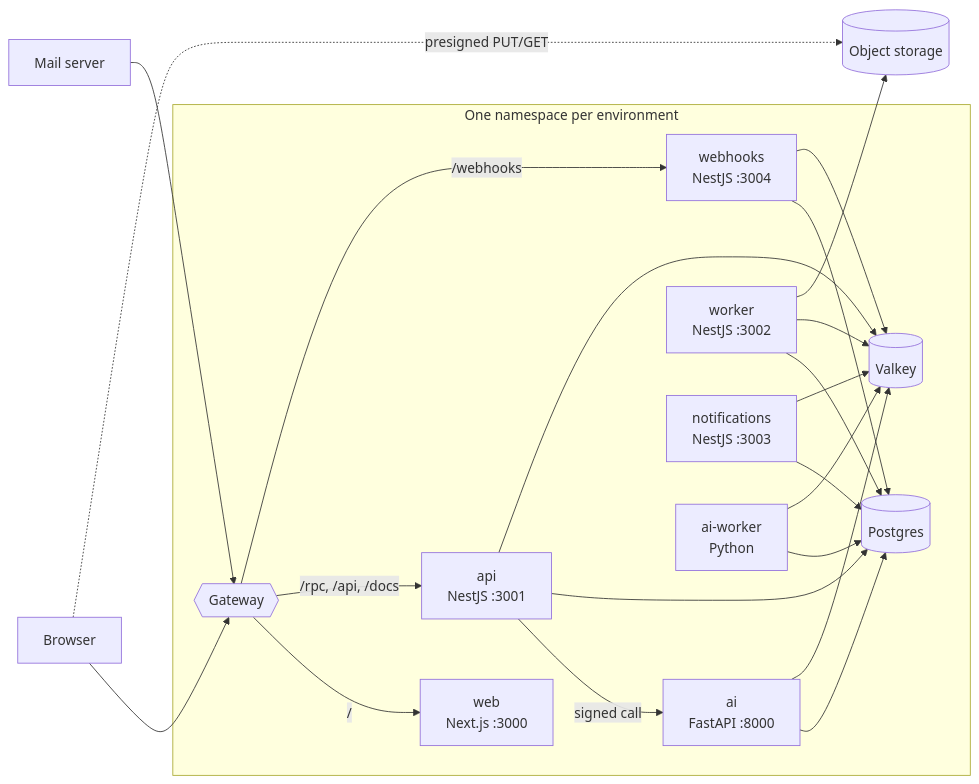
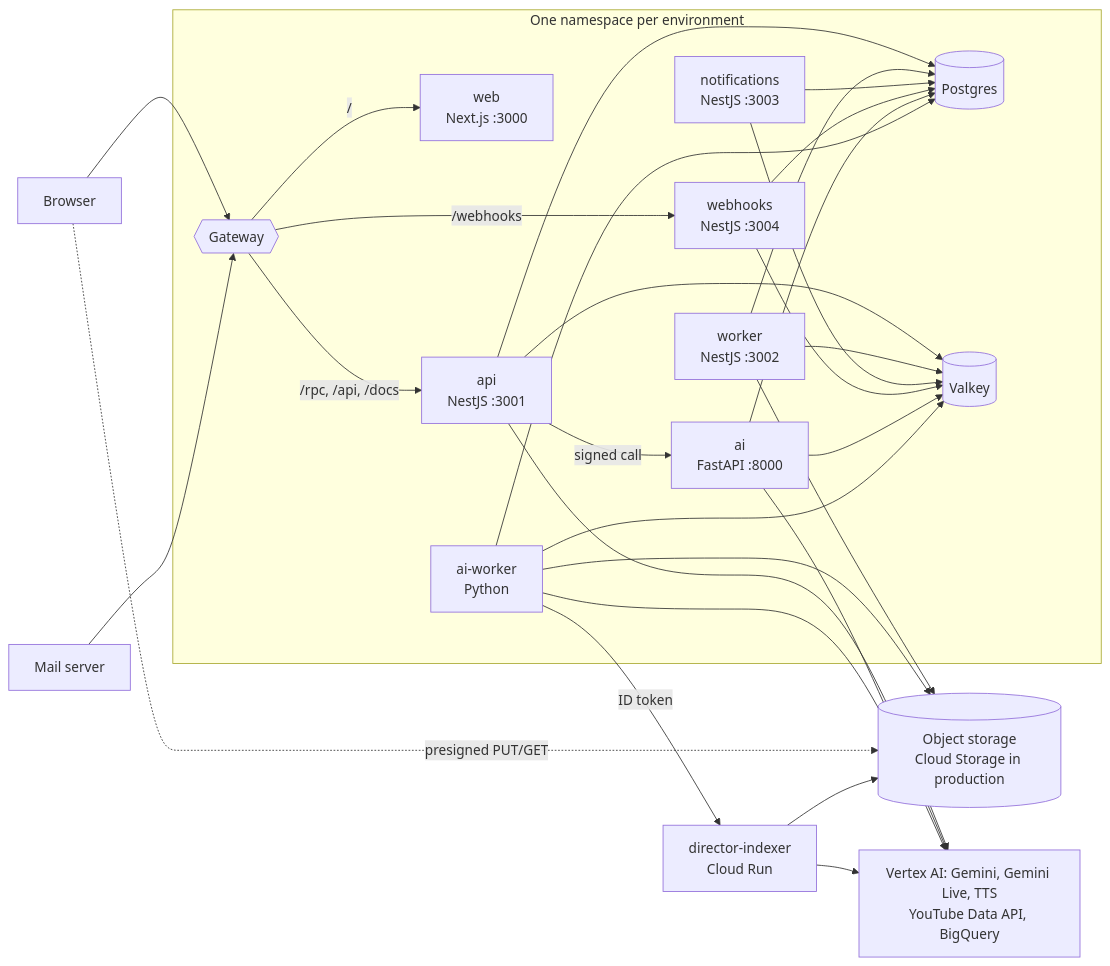
The diagram in docs/architecture.md (ManasMadan/director-editor), drawn with Mermaid before and after one commit. The commit also changed other lines of this file and 6 other files, not shown here.

````diff
--- a/docs/architecture.md
+++ b/docs/architecture.md
@@ -5,29 +5,33 @@
 ```mermaid
 flowchart LR
   browser[Browser] --> gw
   mail[Mail server] --> gw
 
   subgraph cluster[One namespace per environment]
     gw{{Gateway}}
     web[web<br/>Next.js :3000]
     api[api<br/>NestJS :3001]
     webhooks[webhooks<br/>NestJS :3004]
     ai[ai<br/>FastAPI :8000]
     worker[worker<br/>NestJS :3002]
     notifications[notifications<br/>NestJS :3003]
     aiworker[ai-worker<br/>Python]
     pg[(Postgres)]
     valkey[(Valkey)]
   end
 
-  s3[(Object storage)]
+  s3[(Object storage<br/>Cloud Storage in production)]
+  indexer[director-indexer<br/>Cloud Run]
+  google["Vertex AI: Gemini, Gemini Live, TTS<br/>YouTube Data API, BigQuery"]
 
   gw -- "/" --> web
   gw -- "/rpc, /api, /docs" --> api
   gw -- "/webhooks" --> webhooks
   api -- "signed call" --> ai
   api & worker & notifications & webhooks & ai & aiworker --> pg
   api & worker & notifications & webhooks & ai & aiworker --> valkey
   browser -. "presigned PUT/GET" .-> s3
-  worker --> s3
+  worker & aiworker & indexer --> s3
+  aiworker -- "ID token" --> indexer
+  api & ai & aiworker & indexer --> google
 ```
````
